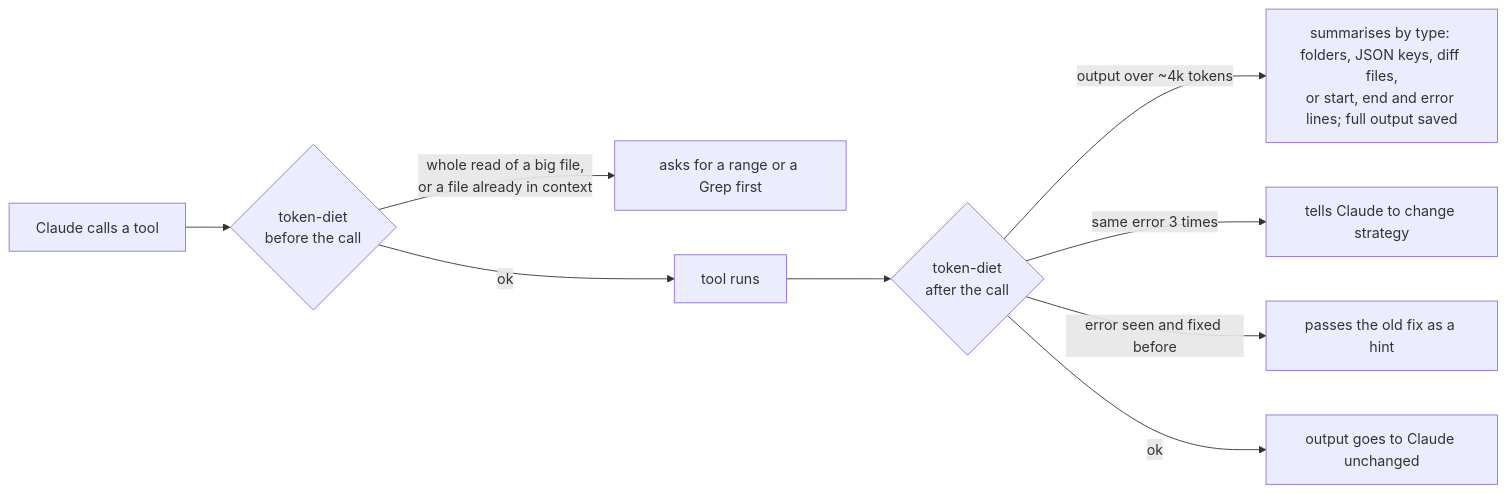
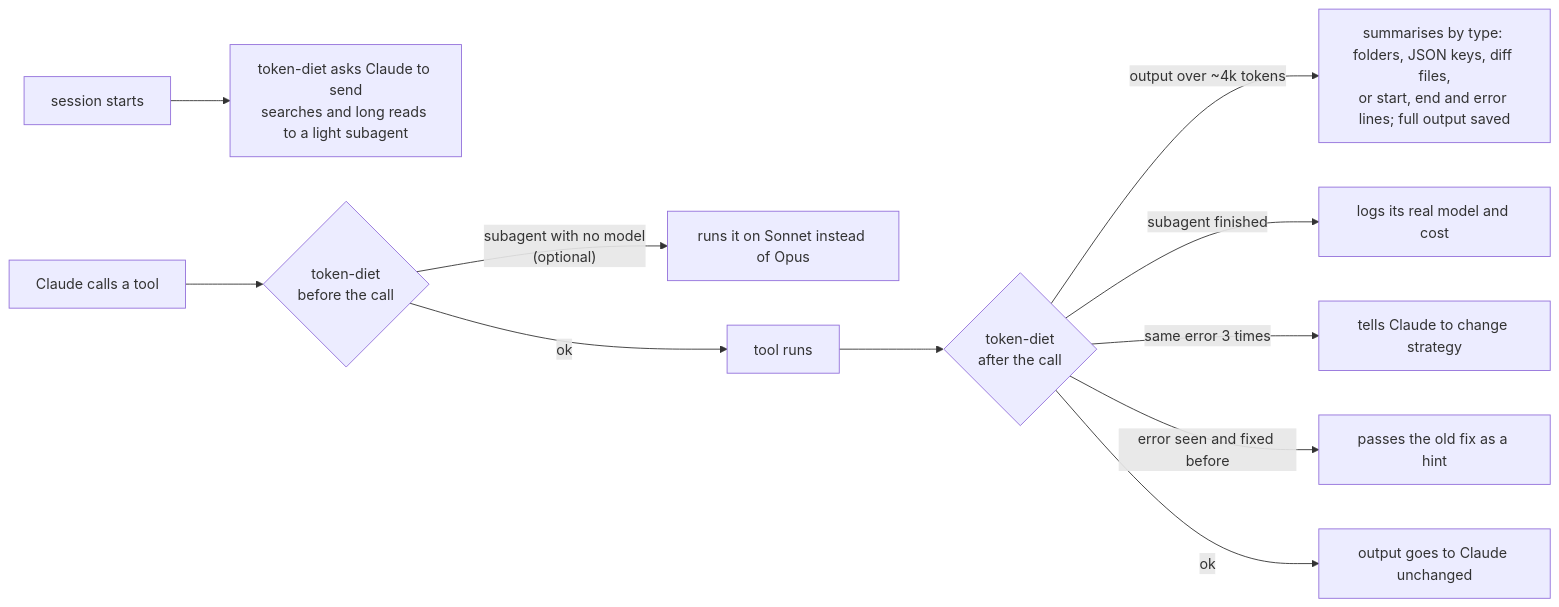
One commit to maca-codes/meno-tokens changed the diagram in README.md. Above: the diagram before and after it, drawn with Mermaid. The commit also changed other lines of this file and 11 other files, not shown here.

````diff
--- a/README.md
+++ b/README.md
@@ -28,11 +28,13 @@
 ```mermaid
 flowchart LR
+    S[session starts] --> T[token-diet asks Claude to send<br/>searches and long reads to a light subagent]
     A[Claude calls a tool] --> B{token-diet<br/>before the call}
-    B -- "whole read of a big file,<br/>or a file already in context" --> C[asks for a range or a Grep first]
+    B -- "subagent with no model<br/>(optional)" --> C[runs it on Sonnet instead of Opus]
     B -- ok --> D[tool runs]
     D --> E{token-diet<br/>after the call}
     E -- "output over ~4k tokens" --> F[summarises by type: folders, JSON keys, diff files,<br/>or start, end and error lines; full output saved]
+    E -- "subagent finished" --> J[logs its real model and cost]
     E -- "same error 3 times" --> G[tells Claude to change strategy]
     E -- "error seen and fixed before" --> H[passes the old fix as a hint]
     E -- ok --> I[output goes to Claude unchanged]
 ```
````
